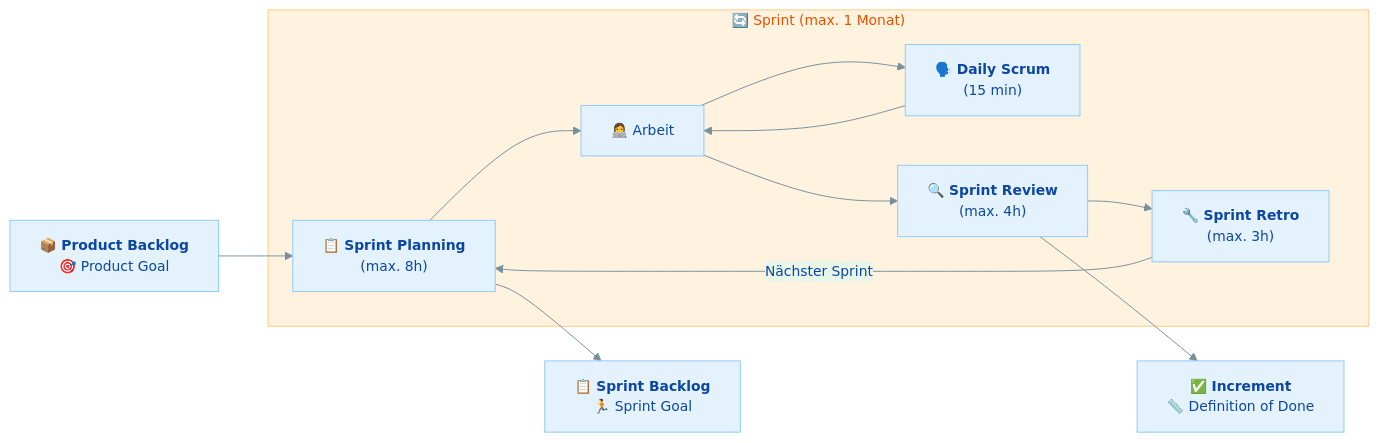
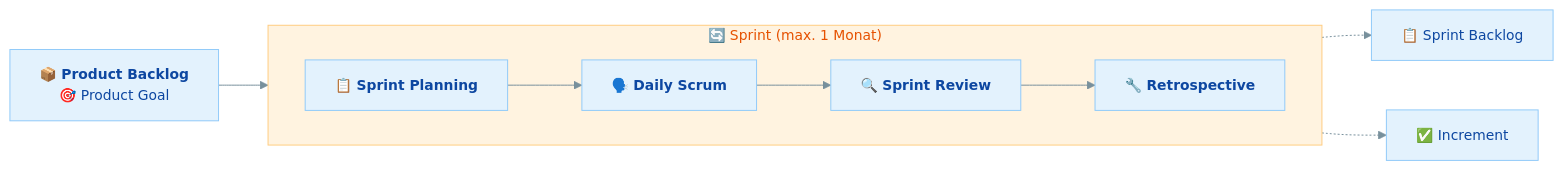
Before and after one commit to JacobMenge/kurs-25-06: the diagram in docs/modul-3/zusatzmaterial/scrum/schnellreferenz-scrum.md, drawn with Mermaid. The commit also changed 4 other files, not shown here.

First line of the commit message:
Mermaid-Diagramme in Scrum-Material bereinigen

````diff
--- a/docs/modul-3/zusatzmaterial/scrum/schnellreferenz-scrum.md
+++ b/docs/modul-3/zusatzmaterial/scrum/schnellreferenz-scrum.md
@@ -18,17 +18,15 @@
 ```mermaid
 %%{init: {'theme': 'base', 'themeVariables': {'primaryColor': '#e3f2fd', 'primaryTextColor': '#0d47a1', 'primaryBorderColor': '#90caf9', 'secondaryColor': '#e8f5e9', 'secondaryTextColor': '#1b5e20', 'secondaryBorderColor': '#a5d6a7', 'tertiaryColor': '#fff3e0', 'tertiaryTextColor': '#e65100', 'tertiaryBorderColor': '#ffcc80', 'lineColor': '#78909c', 'fontSize': '14px'}}}%%
 graph LR
-    PB["📦 <b>Product Backlog</b><br/>🎯 Product Goal"] --> SP["📋 <b>Sprint Planning</b><br/>(max. 8h)"]
+    PB["📦 <b>Product Backlog</b><br/>🎯 Product Goal"] --> SP
 
     subgraph sprint ["🔄 Sprint (max. 1 Monat)"]
-        SP --> WORK["👩‍💻 Arbeit"]
-        WORK --> DS["🗣️ <b>Daily Scrum</b><br/>(15 min)"]
-        DS --> WORK
-        WORK --> SR["🔍 <b>Sprint Review</b><br/>(max. 4h)"]
-        SR --> RE["🔧 <b>Sprint Retro</b><br/>(max. 3h)"]
+        direction LR
+        SP["📋 <b>Sprint Planning</b>"] --> DS["🗣️ <b>Daily Scrum</b>"]
+        DS --> SR["🔍 <b>Sprint Review</b>"]
+        SR --> RE["🔧 <b>Retrospective</b>"]
     end
 
-    SP --> SB["📋 <b>Sprint Backlog</b><br/>🏃 Sprint Goal"]
-    SR --> INC["✅ <b>Increment</b><br/>📏 Definition of Done"]
-    RE --> |"Nächster Sprint"| SP
+    SP -.-> SB["📋 Sprint Backlog"]
+    SR -.-> INC["✅ Increment"]
 ```
````
